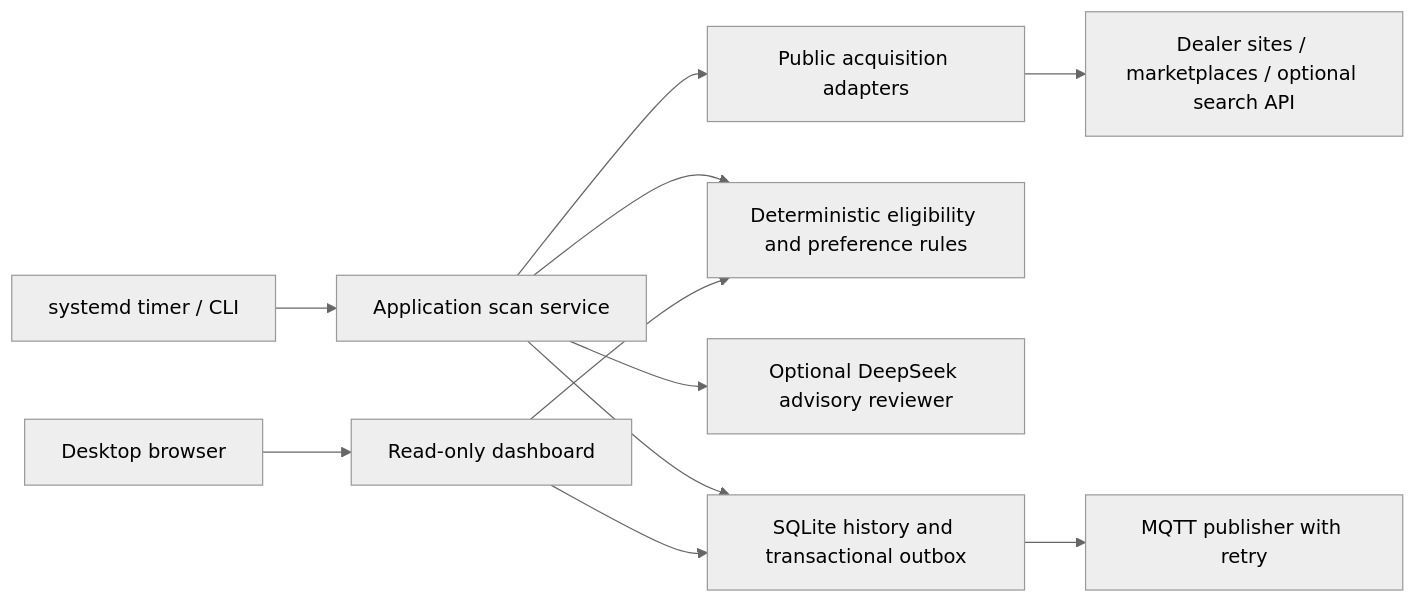
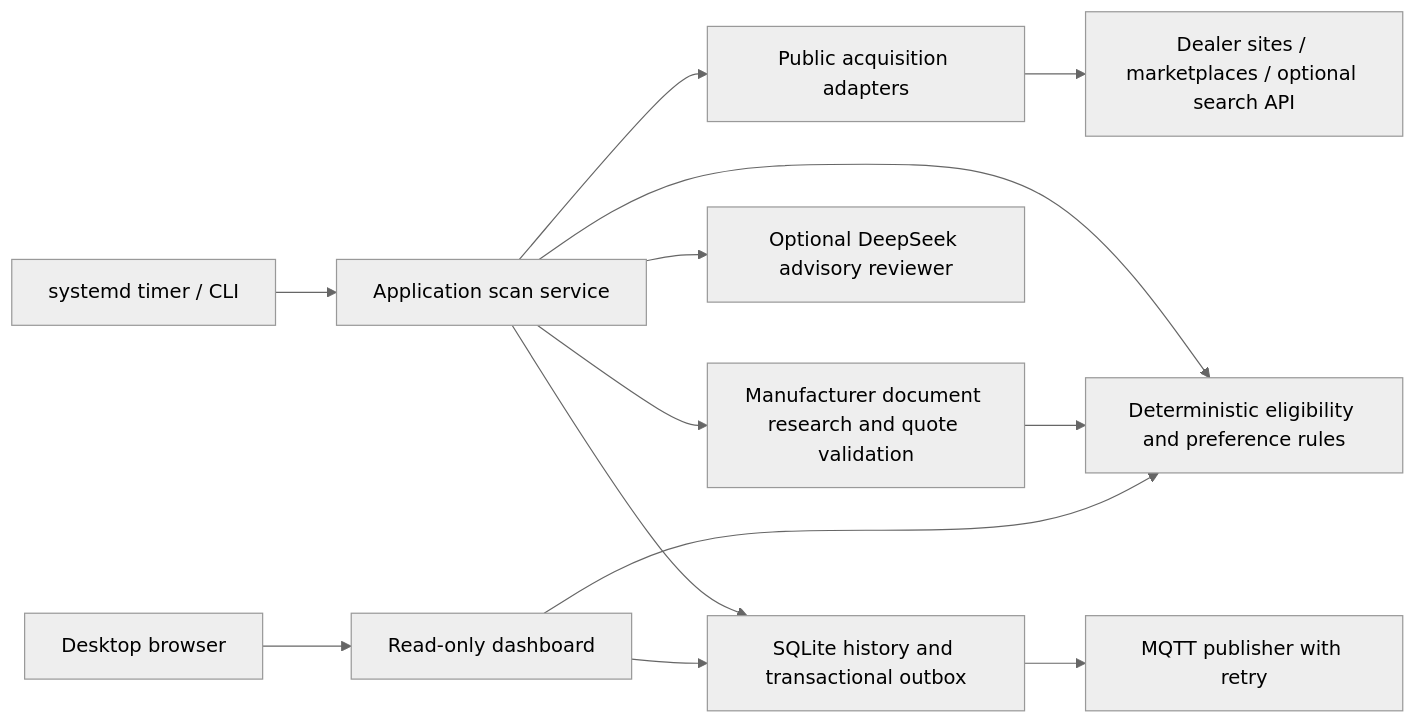
The diagram in docs/ARCHITECTURE.md (segalnz/bikesearch), drawn with Mermaid (neutral theme) before and after one commit. The commit also changed other lines of this file and 15 other files, not shown here.

Commit message:
Research manufacturer specifications and require at least 80 hp

````diff
--- a/docs/ARCHITECTURE.md
+++ b/docs/ARCHITECTURE.md
@@ -8,13 +8,15 @@
 ```mermaid
 flowchart LR
     Timer[systemd timer / CLI] --> Scan[Application scan service]
     Scan --> Sources[Public acquisition adapters]
     Sources --> Sites[Dealer sites / marketplaces / optional search API]
     Scan --> Rules[Deterministic eligibility and preference rules]
+    Scan --> Research[Manufacturer document research and quote validation]
+    Research --> Rules
     Scan --> AI[Optional DeepSeek advisory reviewer]
     Scan --> Store[SQLite history and transactional outbox]
     Store --> MQTT[MQTT publisher with retry]
     Desktop[Desktop browser] --> Dashboard[Read-only dashboard]
     Dashboard --> Store
     Dashboard --> Rules
 ```
````
